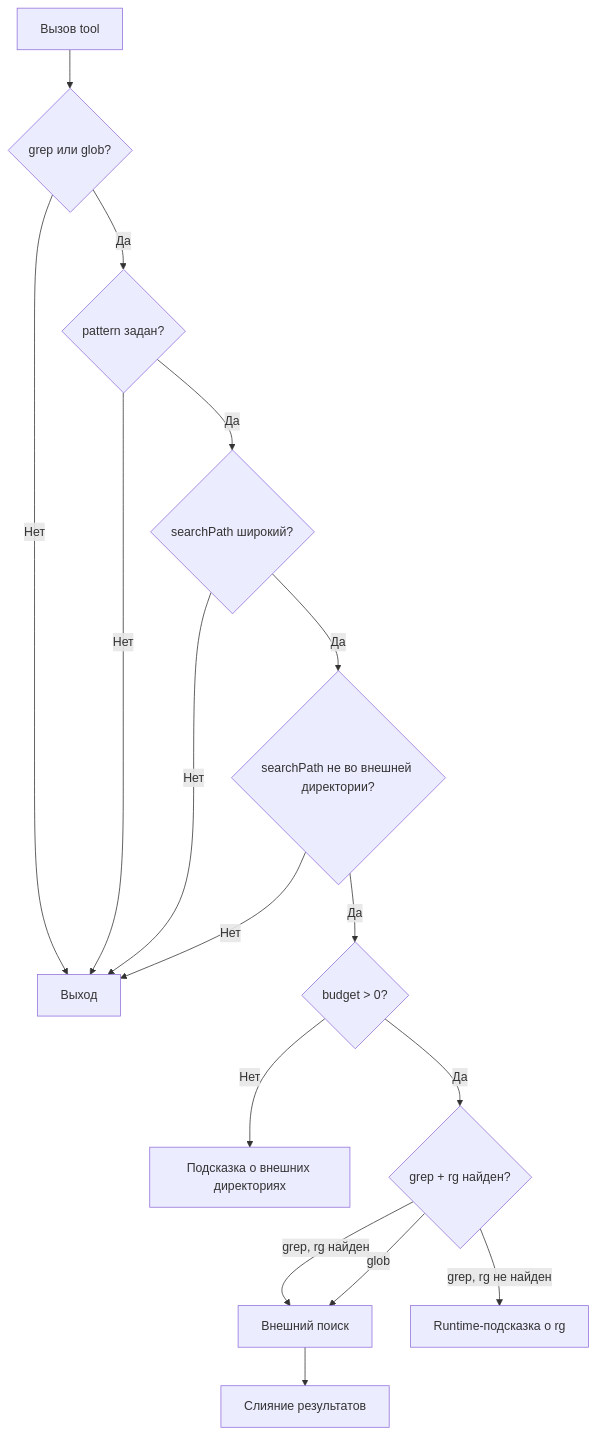
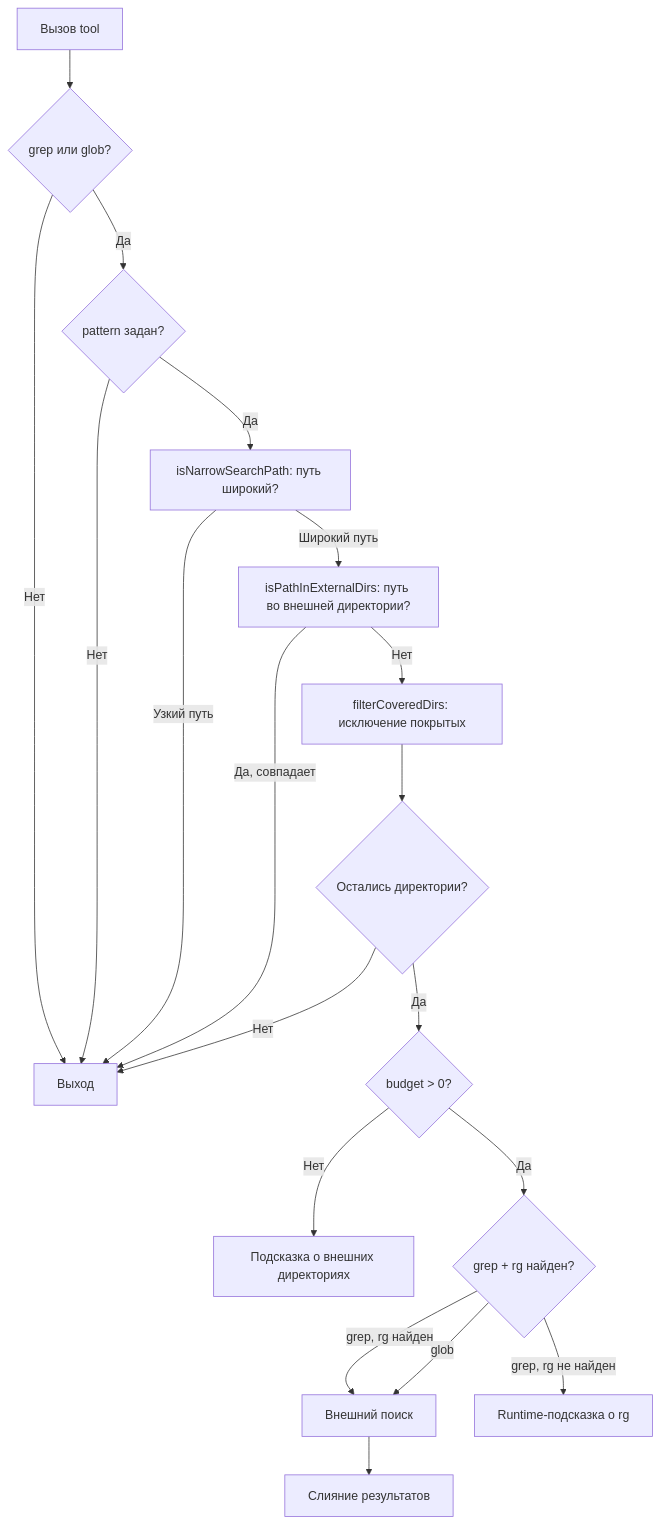
Before and after one commit to maxvst/opencode-ext-search-plugin: the first of 2 diagrams in docs/scenarios/grep-glob-processing.md, drawn with Mermaid. The commit also changed other lines of this file and 5 other files, not shown here.

````diff
--- a/docs/scenarios/grep-glob-processing.md
+++ b/docs/scenarios/grep-glob-processing.md
@@ -9,18 +9,21 @@
 ```mermaid
 flowchart TD
     A[Вызов tool] --> B{grep или glob?}
     B -->|Нет| Z[Выход]
     B -->|Да| C{pattern задан?}
     C -->|Нет| Z
-    C -->|Да| D{searchPath широкий?}
-    D -->|Нет| Z
-    D -->|Да| E{searchPath не во внешней директории?}
-    E -->|Нет| Z
-    E -->|Да| F{budget > 0?}
-    F -->|Нет| G[Подсказка о внешних директориях]
-    F -->|Да| H{grep + rg найден?}
-    H -->|grep, rg найден| I[Внешний поиск]
-    H -->|grep, rg не найден| J[Runtime-подсказка о rg]
-    H -->|glob| I
-    I --> K[Слияние результатов]
+    C -->|Да| D["isNarrowSearchPath: путь широкий?"]
+    D -->|Узкий путь| Z
+    D -->|Широкий путь| E["isPathInExternalDirs: путь во внешней директории?"]
+    E -->|Да, совпадает| Z
+    E -->|Нет| F["filterCoveredDirs: исключение покрытых"]
+    F --> F2{Остались директории?}
+    F2 -->|Нет| Z
+    F2 -->|Да| G{budget > 0?}
+    G -->|Нет| H[Подсказка о внешних директориях]
+    G -->|Да| J{grep + rg найден?}
+    J -->|grep, rg найден| I[Внешний поиск]
+    J -->|grep, rg не найден| K[Runtime-подсказка о rg]
+    J -->|glob| I
+    I --> L[Слияние результатов]
 ```
````
